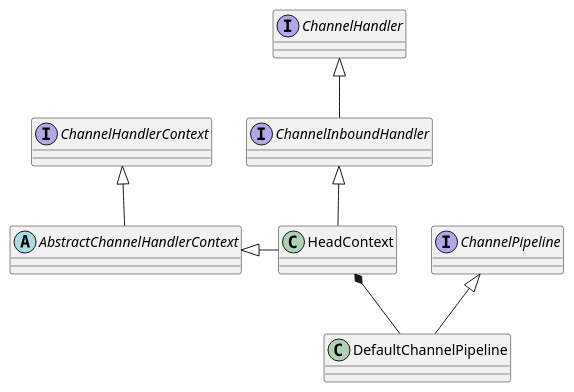
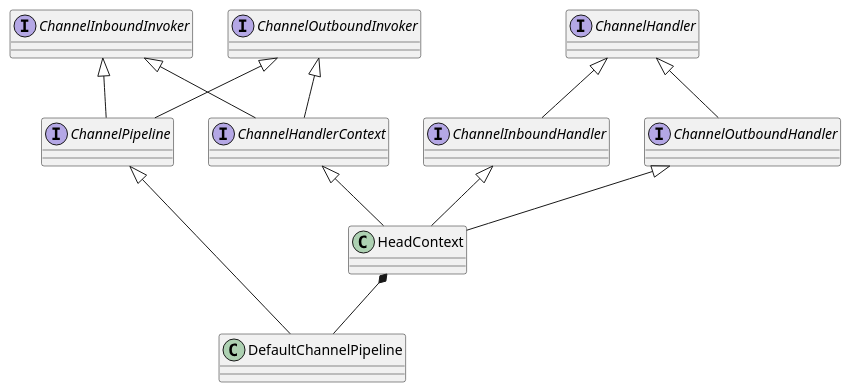
One commit to binecy/bin-learning changed the diagram in netty-start/src/main/java/com/netty/start/echo/channelHandler.puml. Above: the diagram before and after it, drawn with PlantUML. The commit also changed 6 other files, not shown here.

```diff
--- a/netty-start/src/main/java/com/netty/start/echo/channelHandler.puml
+++ b/netty-start/src/main/java/com/netty/start/echo/channelHandler.puml
@@ -1,48 +1,61 @@
 @startuml
 
 /'abstract class AbstractList
 abstract AbstractCollection
 interface List
 interface Collection
 
 List <|-- AbstractList
 Collection <|-- AbstractCollection
 
 Collection <|- List
 AbstractCollection <|- AbstractList
 AbstractList <|-- ArrayList
 
 class ArrayList {
 Object[] elementData
 size()
 }
 
 enum TimeUnit {
 DAYS
 HOURS
 MINUTES
 }'/
 
 
 
 interface ChannelHandler
 interface ChannelInboundHandler
 ChannelHandler <|-- ChannelInboundHandler
 /'class ChannelInboundHandlerAdapter
 ChannelInboundHandler <|-- ChannelInboundHandlerAdapter'/
 
+interface ChannelOutboundHandler
+ChannelHandler <|-- ChannelOutboundHandler
 
 interface ChannelHandlerContext
-abstract class AbstractChannelHandlerContext
-ChannelHandlerContext <|-- AbstractChannelHandlerContext
+/'abstract class AbstractChannelHandlerContext
+ChannelHandlerContext <|-- AbstractChannelHandlerContext'/
 
 
 interface ChannelPipeline
 class DefaultChannelPipeline
-ChannelPipeline <|-- DefaultChannelPipeline
+ChannelPipeline <|- DefaultChannelPipeline
 
 class HeadContext
 HeadContext *-- DefaultChannelPipeline
-AbstractChannelHandlerContext <|- HeadContext
+/'AbstractChannelHandlerContext <|-- HeadContext'/
+
+ChannelHandlerContext <|-- HeadContext
 ChannelInboundHandler <|-- HeadContext
+ChannelOutboundHandler <|-- HeadContext
+
+interface ChannelInboundInvoker
+interface ChannelOutboundInvoker
+ChannelInboundInvoker <|-- ChannelHandlerContext
+ChannelOutboundInvoker <|-- ChannelHandlerContext
+
+ChannelInboundInvoker <|-- ChannelPipeline
+ChannelOutboundInvoker <|-- ChannelPipeline
 @enduml
```
